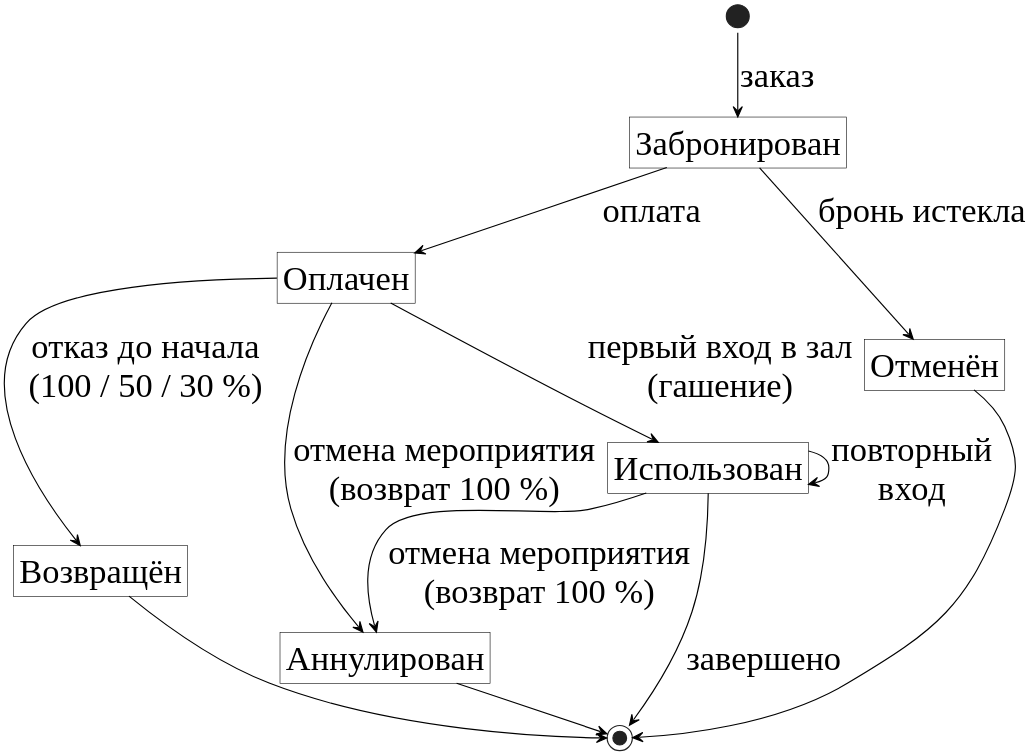
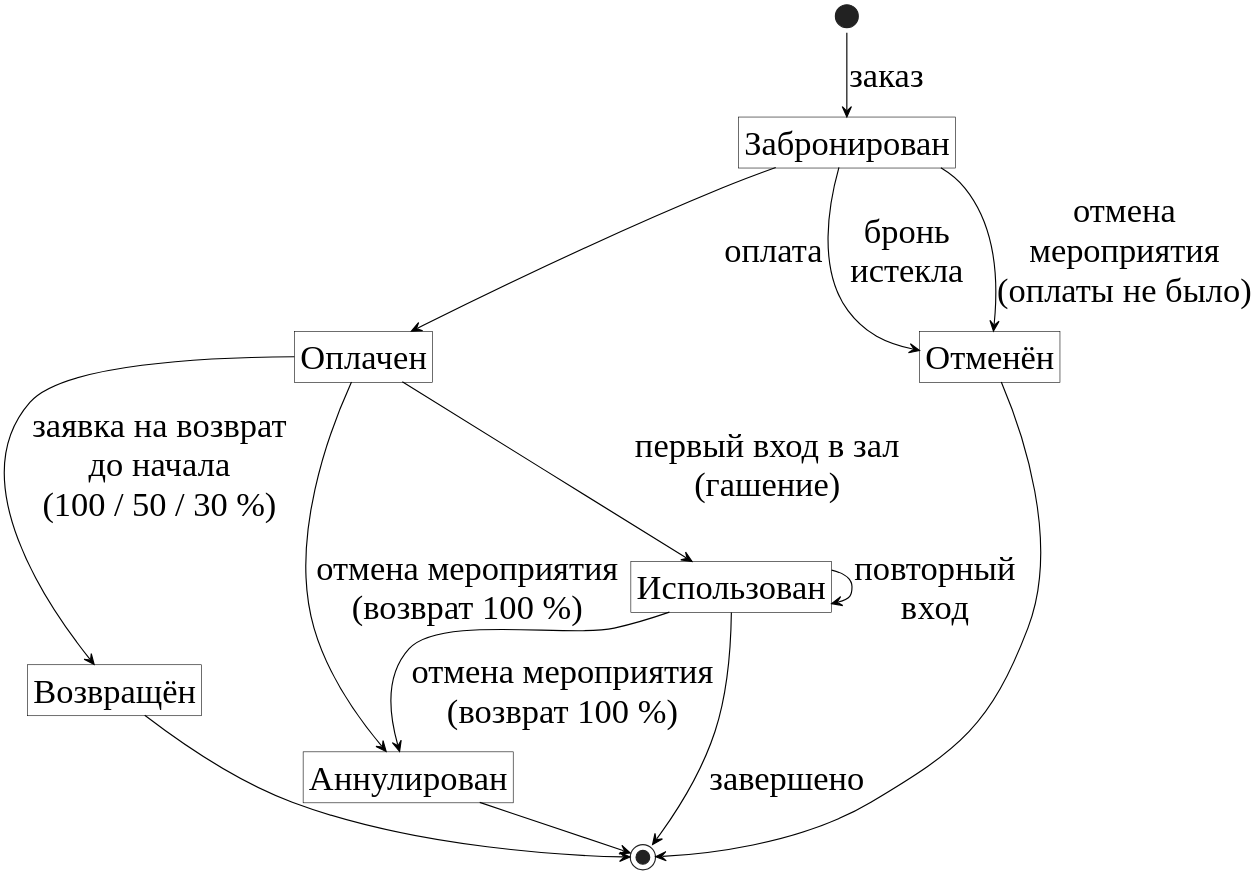
One commit to flamingoalks-svg/virtual-concert-venue changed the diagram in docs/diagrams/ticket.puml. Above: the diagram before and after it, drawn with PlantUML. The commit also changed 5 other files, not shown here.

Commit message:
Модели: возврат до начала концерта, заявка на возврат в модели данных, отмена брони на диаграмме состояний, схема входа в зал

```diff
--- a/docs/diagrams/ticket.puml
+++ b/docs/diagrams/ticket.puml
@@ -1,26 +1,27 @@
 @startuml
 !pragma layout smetana
 skinparam defaultFontName "Liberation Serif"
 skinparam defaultFontSize 30
 skinparam shadowing false
 skinparam roundCorner 0
 skinparam dpi 250
 skinparam state {
   BackgroundColor white
   BorderColor black
   ArrowColor black
 }
 hide empty description
 [*] --> Забронирован : заказ
 Забронирован --> Оплачен : оплата
-Забронирован --> Отменён : бронь истекла
+Забронирован --> Отменён : бронь\nистекла
+Забронирован --> Отменён : отмена\nмероприятия\n(оплаты не было)
 Оплачен --> Использован : первый вход в зал\n(гашение)
-Оплачен --> Возвращён : отказ до начала\n(100 / 50 / 30 %)
+Оплачен --> Возвращён : заявка на возврат\nдо начала\n(100 / 50 / 30 %)
 Оплачен --> Аннулирован : отмена мероприятия\n(возврат 100 %)
 Использован --> Аннулирован : отмена мероприятия\n(возврат 100 %)
 Использован --> Использован : повторный\nвход
 Отменён --> [*]
 Возвращён --> [*]
 Аннулирован --> [*]
 Использован --> [*] : завершено
 @enduml
```
